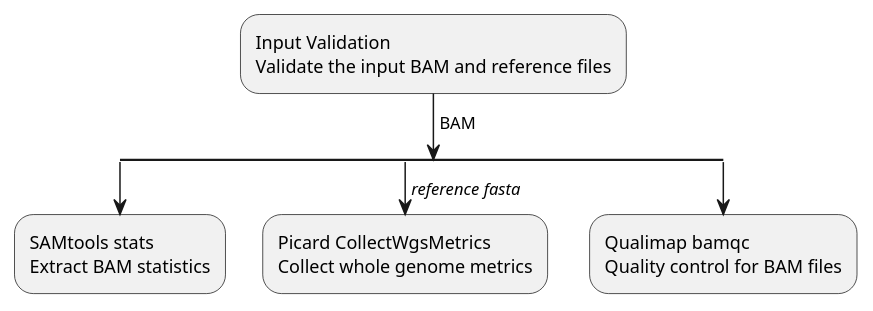
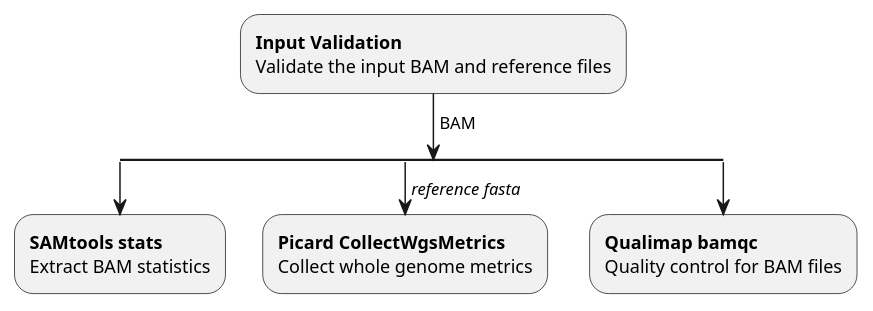
Before and after one commit to uclahs-cds/pipeline-generate-SQC-BAM: the diagram in docs/sqc-bam-flow.puml, drawn with PlantUML.

Commit message:
add bold

```diff
--- a/docs/sqc-bam-flow.puml
+++ b/docs/sqc-bam-flow.puml
@@ -1,16 +1,16 @@
 @startuml
 skinparam SwimlaneTitleFontStyle bold
-:Input Validation\nValidate the input BAM and reference files;
+:**Input Validation**\nValidate the input BAM and reference files;
 -> BAM;
 split
-  :SAMtools stats\nExtract BAM statistics;
+  :**SAMtools stats**\nExtract BAM statistics;
   kill
 split again
   -> //reference fasta//;
-  :Picard CollectWgsMetrics\nCollect whole genome metrics;
+  :**Picard CollectWgsMetrics**\nCollect whole genome metrics;
   kill
 split again
-  :Qualimap bamqc\nQuality control for BAM files;
+  :**Qualimap bamqc**\nQuality control for BAM files;
   kill
 end split
 @enduml
```
